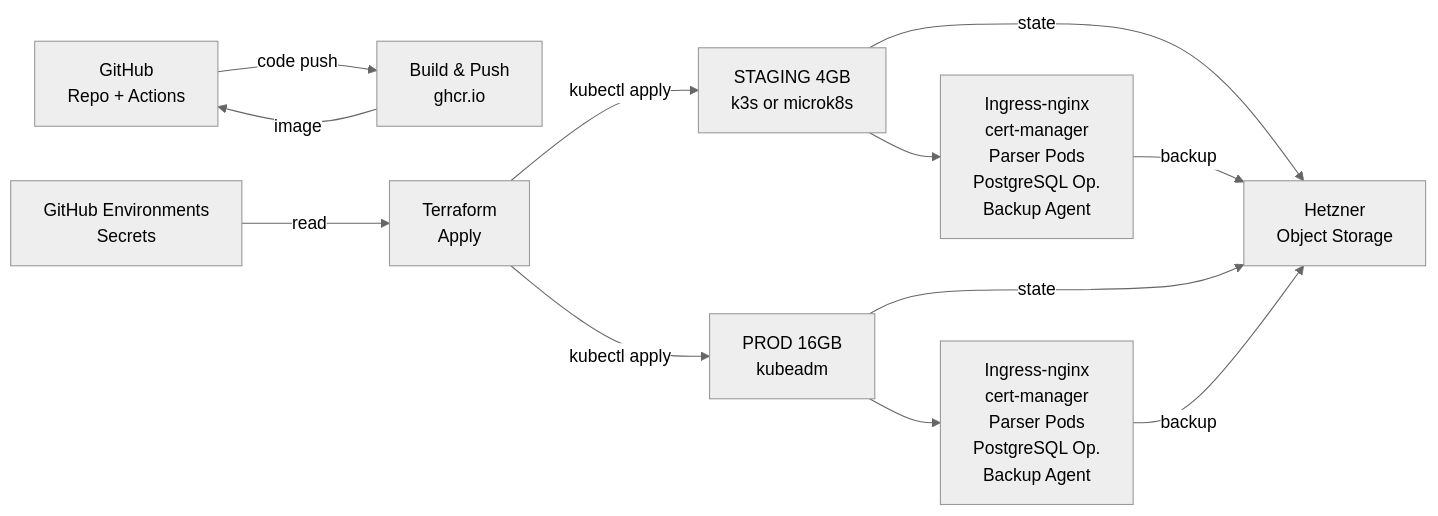
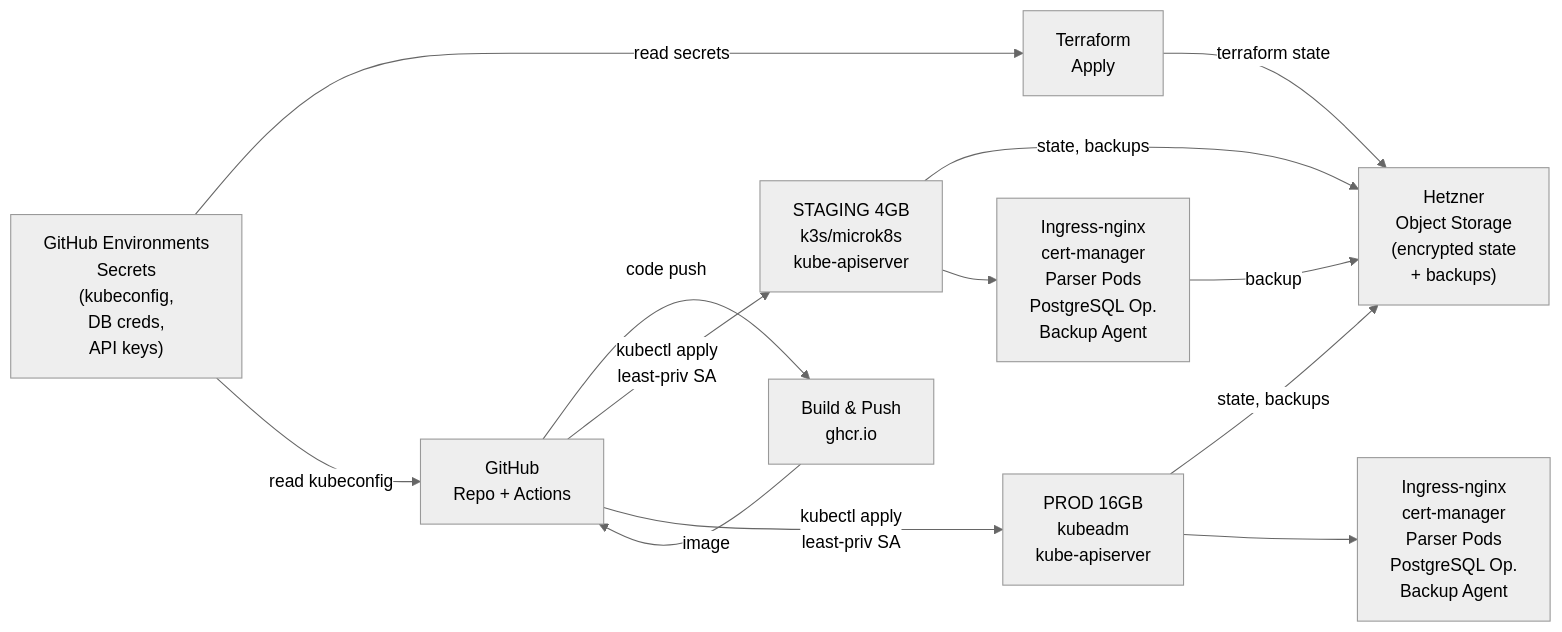
Before and after one commit to ukma-cs-ssdm-2025/rate-ukma: the diagram in infra/deploy/parser/deployment-infrastructure.md, drawn with Mermaid (neutral theme). The commit also changed other lines of this file, not shown here.

````diff
--- a/infra/deploy/parser/deployment-infrastructure.md
+++ b/infra/deploy/parser/deployment-infrastructure.md
@@ -36,26 +36,27 @@
 ```mermaid
 graph LR
     A["GitHub<br/>Repo + Actions"] 
     B["Build &amp; Push<br/>ghcr.io"]
-    C["GitHub Environments<br/>Secrets"]
+    C["GitHub Environments<br/>Secrets<br/>(kubeconfig,<br/>DB creds,<br/>API keys)"]
     D["Terraform<br/>Apply"]
-    E["Hetzner<br/>Object Storage"]
+    E["Hetzner<br/>Object Storage<br/>(encrypted state<br/>+ backups)"]
     
-    F["STAGING 4GB<br/>k3s or microk8s"]
-    G["PROD 16GB<br/>kubeadm"]
+    F["STAGING 4GB<br/>k3s/microk8s<br/>kube-apiserver"]
+    G["PROD 16GB<br/>kubeadm<br/>kube-apiserver"]
     
     F2["Ingress-nginx<br/>cert-manager<br/>Parser Pods<br/>PostgreSQL Op.<br/>Backup Agent"]
     G2["Ingress-nginx<br/>cert-manager<br/>Parser Pods<br/>PostgreSQL Op.<br/>Backup Agent"]
     
     A -->|code push| B
     B -->|image| A
-    C -->|read| D
-    D -->|kubectl apply| F
-    D -->|kubectl apply| G
-    F -->|state| E
-    G -->|state| E
+    C -->|read secrets| D
+    C -->|read kubeconfig| A
+    D -->|terraform state| E
+    A -->|kubectl apply<br/>least-priv SA| F
+    A -->|kubectl apply<br/>least-priv SA| G
+    F -->|state, backups| E
+    G -->|state, backups| E
     F --> F2
     G --> G2
     F2 -->|backup| E
-    G2 -->|backup| E
 ```
````
